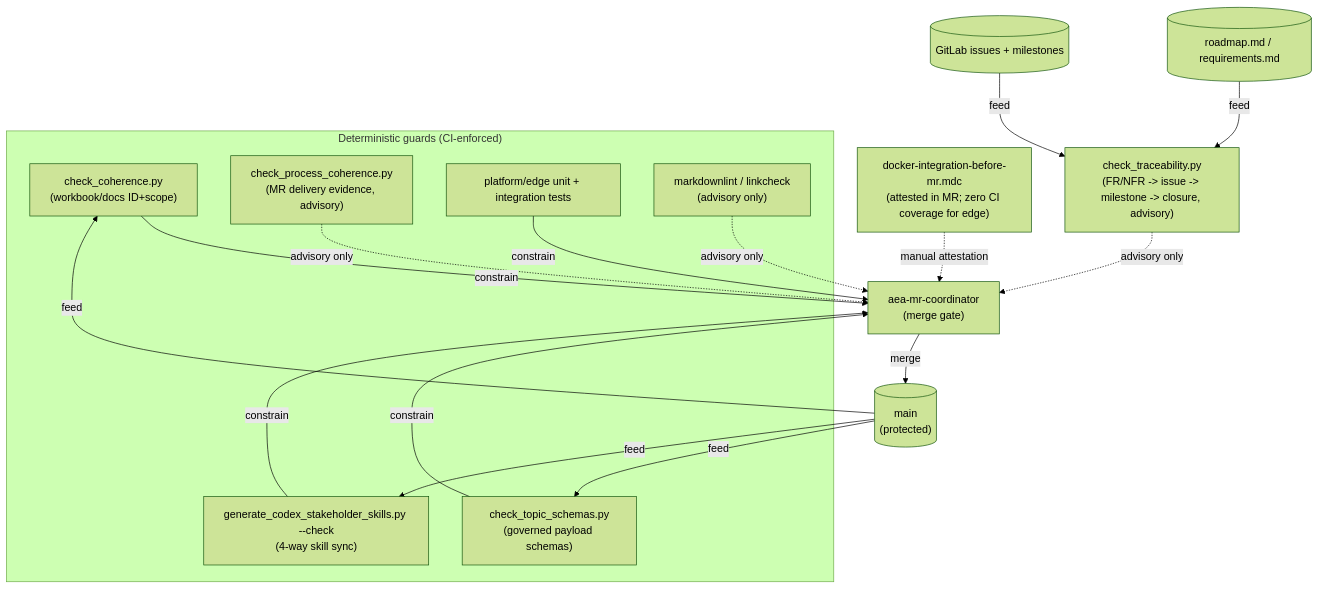
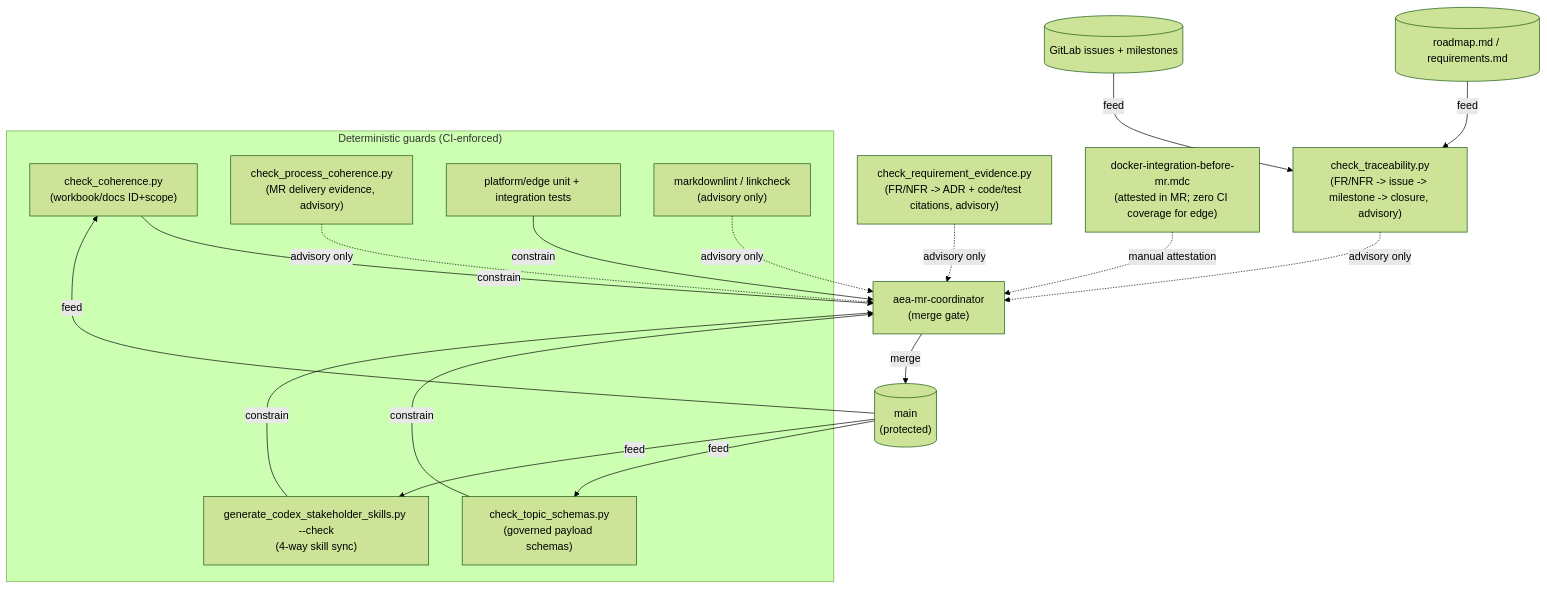
Before and after one commit to artofdream/adaptive-experience: the first of 3 diagrams in research/loop-graph.md, drawn with Mermaid (forest theme). The commit also changed other lines of this file and 8 other files, not shown here.

Commit message:
ci: add requirement evidence traceability

````diff
--- a/research/loop-graph.md
+++ b/research/loop-graph.md
@@ -48,33 +48,35 @@
 ```mermaid
 flowchart TD
     subgraph guards["Deterministic guards (CI-enforced)"]
         CC["check_coherence.py<br/>(workbook/docs ID+scope)"]
         TS["check_topic_schemas.py<br/>(governed payload schemas)"]
         SS["generate_codex_stakeholder_skills.py --check<br/>(4-way skill sync)"]
         PC["check_process_coherence.py<br/>(MR delivery evidence, advisory)"]
         PU["platform/edge unit + integration tests"]
         LINT["markdownlint / linkcheck<br/>(advisory only)"]
     end
 
     TRACE["check_traceability.py<br/>(FR/NFR -> issue -> milestone -> closure, advisory)"]
+    EVIDENCE["check_requirement_evidence.py<br/>(FR/NFR -> ADR + code/test citations, advisory)"]
     DOCKER["docker-integration-before-mr.mdc<br/>(attested in MR; zero CI coverage for edge)"]
     MRC["aea-mr-coordinator<br/>(merge gate)"]
     MAIN[("main<br/>(protected)")]
     ROADMAP[("roadmap.md / requirements.md")]
     ISSUES[("GitLab issues + milestones")]
 
     CC -- constrain --> MRC
     TS -- constrain --> MRC
     SS -- constrain --> MRC
     PC -. advisory only .-> MRC
     PU -- constrain --> MRC
     LINT -. advisory only .-> MRC
     DOCKER -. manual attestation .-> MRC
     ROADMAP -- feed --> TRACE
     ISSUES -- feed --> TRACE
     TRACE -. advisory only .-> MRC
+    EVIDENCE -. advisory only .-> MRC
     MRC -- merge --> MAIN
     MAIN -- feed --> CC
     MAIN -- feed --> TS
     MAIN -- feed --> SS
 ```
````
